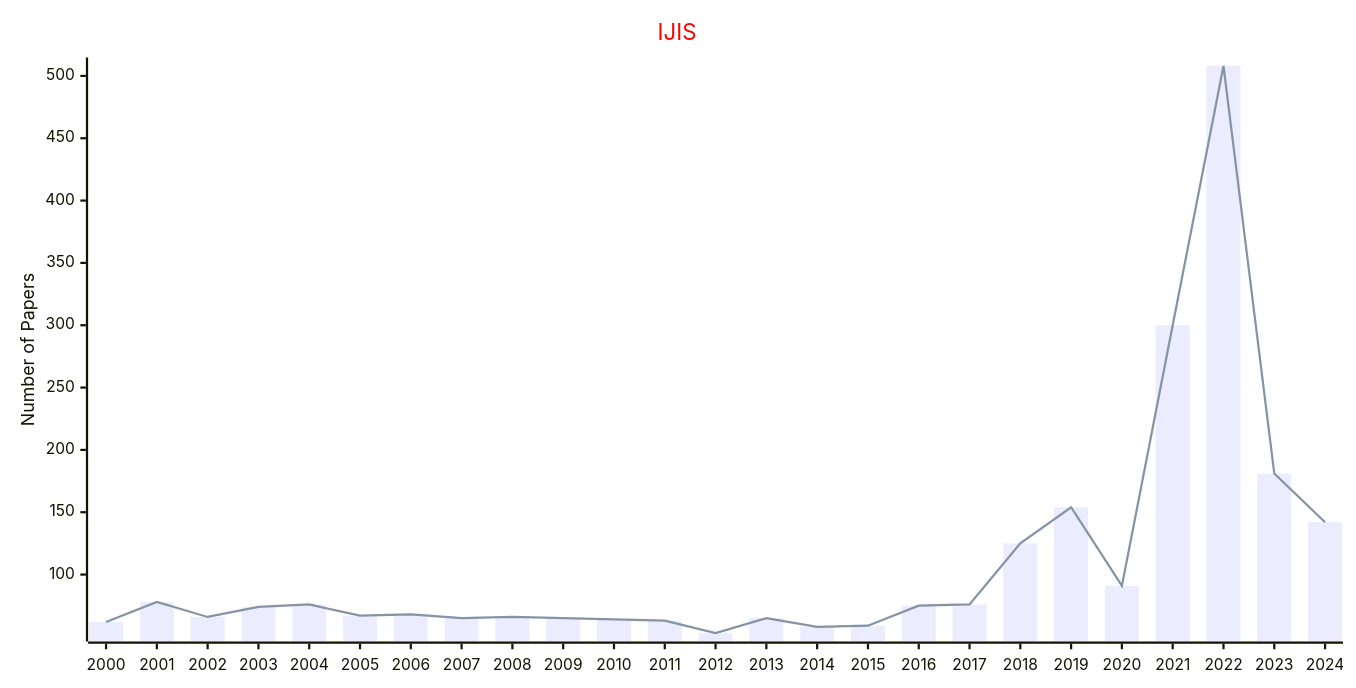
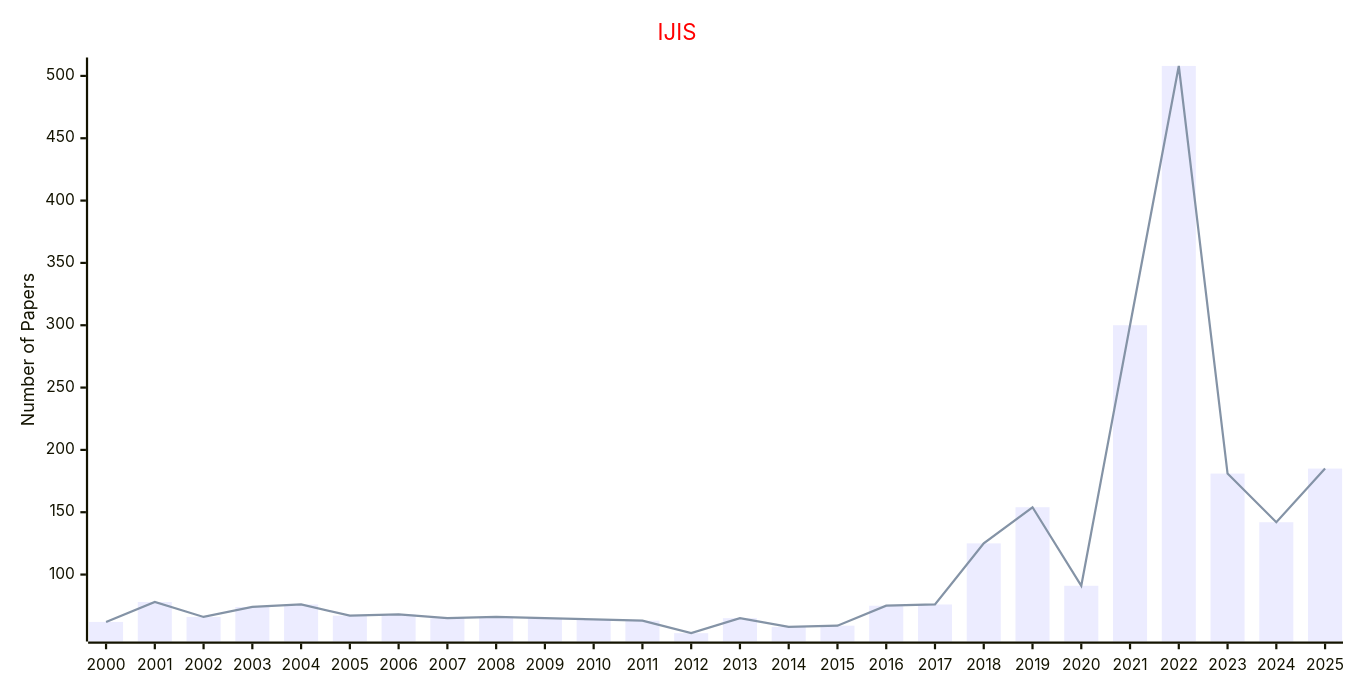
The tenth of 10 diagrams in docs/data/Journals/Statistics_Journals/Intelligent_Systems.md (Easy-PhD/AILinks), drawn with Mermaid before and after one commit. The commit also changed other lines of this file and 107 other files, not shown here.

````diff
--- a/docs/data/Journals/Statistics_Journals/Intelligent_Systems.md
+++ b/docs/data/Journals/Statistics_Journals/Intelligent_Systems.md
@@ -225,17 +225,17 @@
 ```mermaid
 ---
 config:
     xyChart:
         width: 1200
         height: 600
     themeVariables:
         xyChart:
             titleColor: "#ff0000"
 ---
 xychart-beta
     title "IJIS"
-    x-axis [2000, 2001, 2002, 2003, 2004, 2005, 2006, 2007, 2008, 2009, 2010, 2011, 2012, 2013, 2014, 2015, 2016, 2017, 2018, 2019, 2020, 2021, 2022, 2023, 2024]
+    x-axis [2000, 2001, 2002, 2003, 2004, 2005, 2006, 2007, 2008, 2009, 2010, 2011, 2012, 2013, 2014, 2015, 2016, 2017, 2018, 2019, 2020, 2021, 2022, 2023, 2024, 2025]
     y-axis "Number of Papers"
-    bar [62, 78, 66, 74, 76, 67, 68, 65, 66, 65, 64, 63, 53, 65, 58, 59, 75, 76, 125, 154, 91, 300, 508, 181, 142]
-    line [62, 78, 66, 74, 76, 67, 68, 65, 66, 65, 64, 63, 53, 65, 58, 59, 75, 76, 125, 154, 91, 300, 508, 181, 142]
+    bar [62, 78, 66, 74, 76, 67, 68, 65, 66, 65, 64, 63, 53, 65, 58, 59, 75, 76, 125, 154, 91, 300, 508, 181, 142, 185]
+    line [62, 78, 66, 74, 76, 67, 68, 65, 66, 65, 64, 63, 53, 65, 58, 59, 75, 76, 125, 154, 91, 300, 508, 181, 142, 185]
 ```
````
